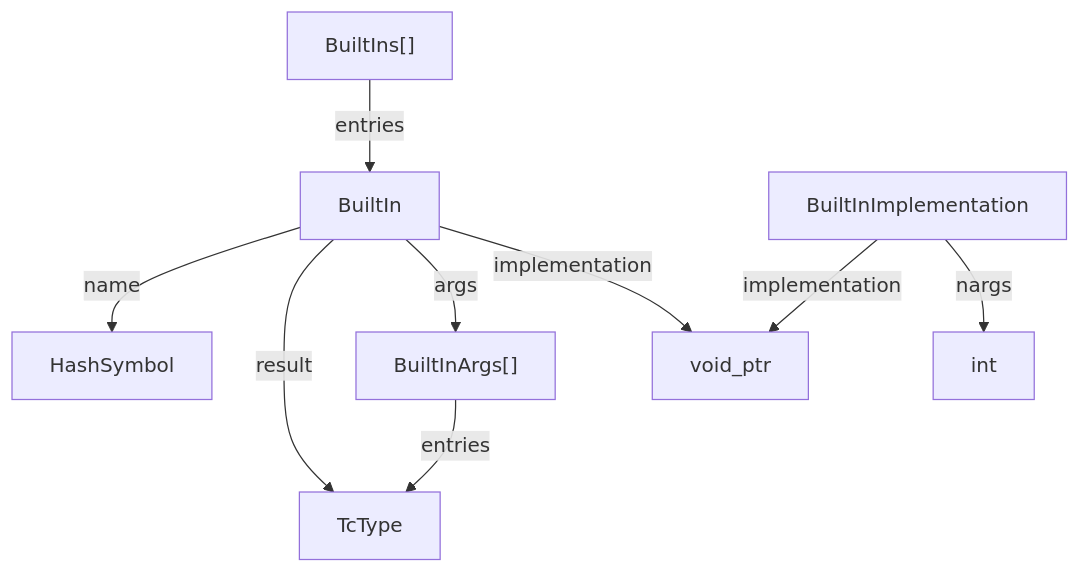
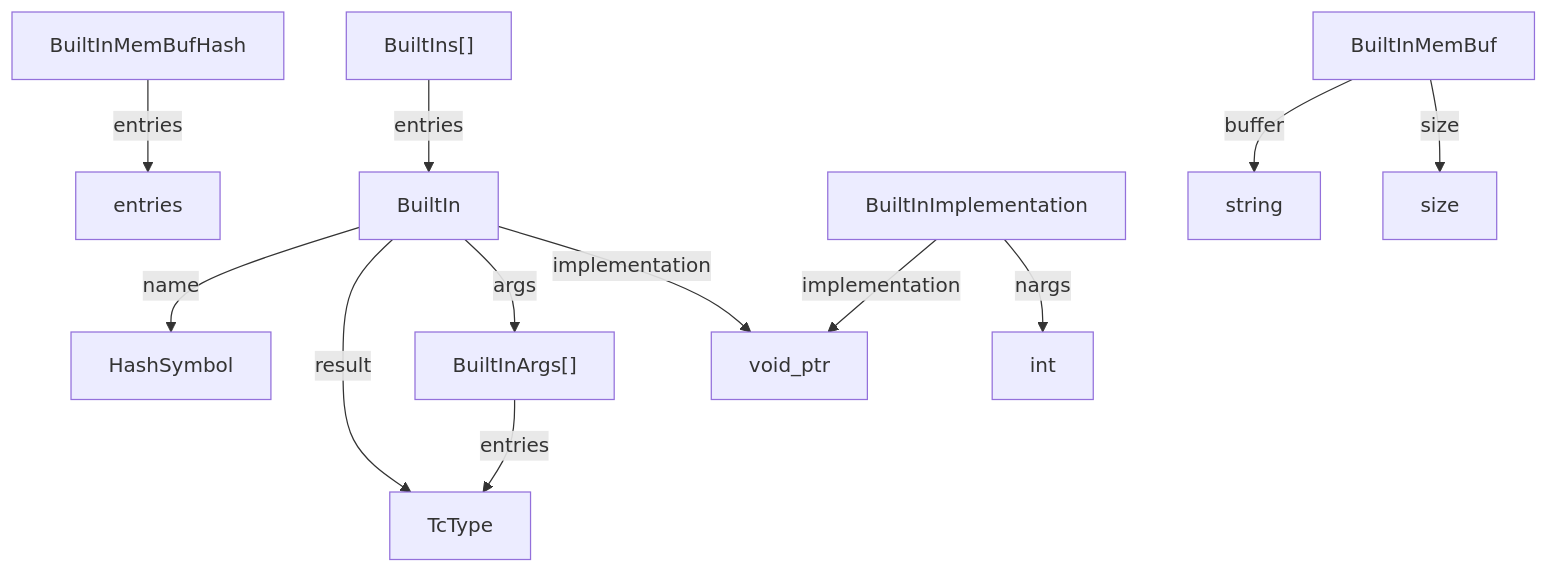
The diagram in docs/generated/builtins.md (billhails/CEKF), drawn with Mermaid before and after one commit. The commit also changed 8 other files, not shown here.

````diff
--- a/docs/generated/builtins.md
+++ b/docs/generated/builtins.md
@@ -5,11 +5,14 @@
 ```mermaid
 flowchart TD
+BuiltInMemBufHash --entries--> entries
 BuiltIn --name--> HashSymbol
 BuiltIn --result--> TcType
 BuiltIn --args--> BuiltInArgs
 BuiltIn --implementation--> void_ptr
 BuiltInImplementation --implementation--> void_ptr
 BuiltInImplementation --nargs--> int
+BuiltInMemBuf --buffer--> string
+BuiltInMemBuf --size--> size
 BuiltInArgs["BuiltInArgs[]"] --entries--> TcType
 BuiltIns["BuiltIns[]"] --entries--> BuiltIn
 ```
````
